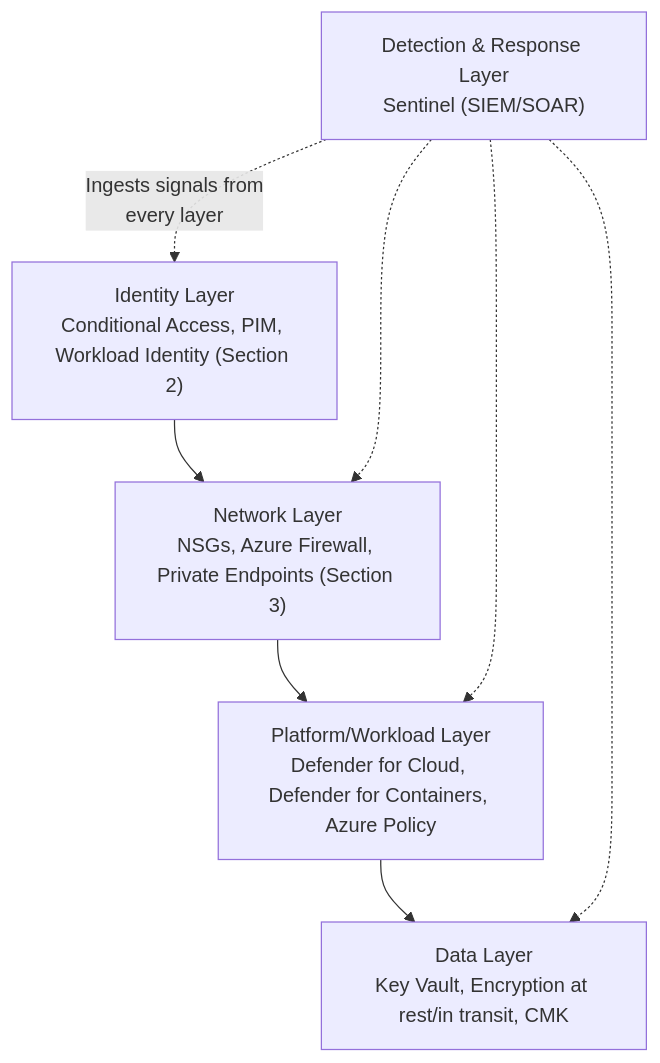
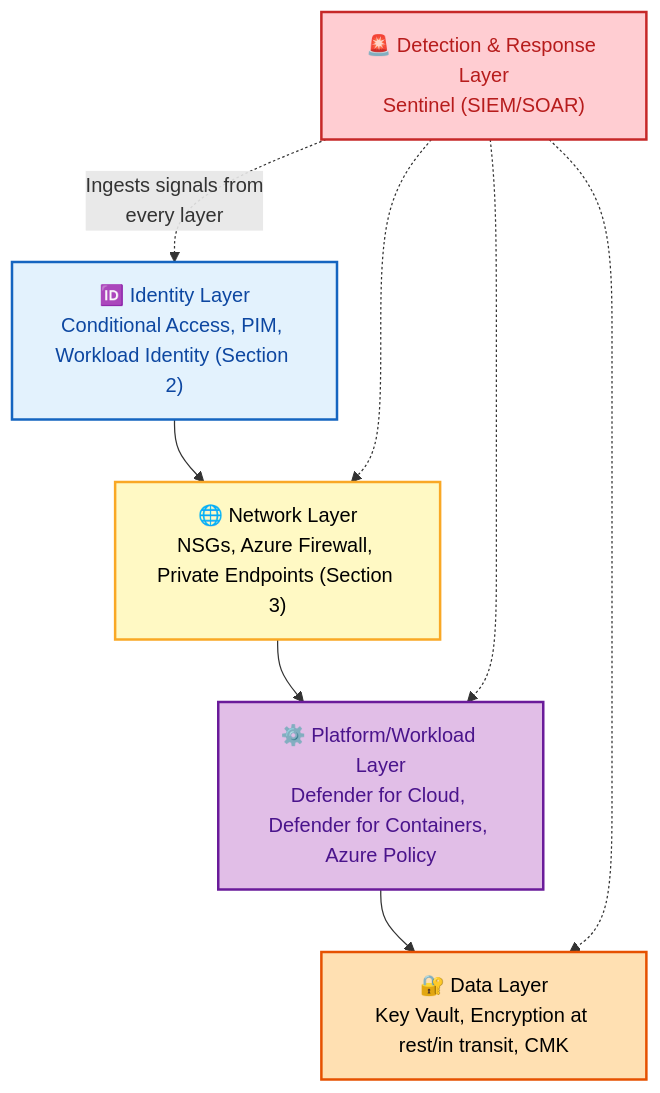
One commit to rakesh-budde/devops-guide changed the fifth of 5 diagrams in azure/09-OBSERVABILITY-SECURITY.md. Above: the diagram before and after it, drawn with Mermaid. The commit also changed other lines of this file and 73 other files, not shown here.

````diff
--- a/azure/09-OBSERVABILITY-SECURITY.md
+++ b/azure/09-OBSERVABILITY-SECURITY.md
@@ -91,13 +204,23 @@
 ```mermaid
 graph TB
-    L1["Identity Layer<br/>Conditional Access, PIM, Workload Identity (Section 2)"]
-    L2["Network Layer<br/>NSGs, Azure Firewall, Private Endpoints (Section 3)"]
-    L3["Platform/Workload Layer<br/>Defender for Cloud, Defender for Containers, Azure Policy"]
-    L4["Data Layer<br/>Key Vault, Encryption at rest/in transit, CMK"]
-    L5["Detection & Response Layer<br/>Sentinel (SIEM/SOAR)"]
+    L1["🆔 Identity Layer<br/>Conditional Access, PIM, Workload Identity (Section 2)"]
+    L2["🌐 Network Layer<br/>NSGs, Azure Firewall, Private Endpoints (Section 3)"]
+    L3["⚙️ Platform/Workload Layer<br/>Defender for Cloud, Defender for Containers, Azure Policy"]
+    L4["🔐 Data Layer<br/>Key Vault, Encryption at rest/in transit, CMK"]
+    L5["🚨 Detection & Response Layer<br/>Sentinel (SIEM/SOAR)"]
     L1 --> L2 --> L3 --> L4
     L5 -.->|"Ingests signals from<br/>every layer"| L1
     L5 -.-> L2
     L5 -.-> L3
     L5 -.-> L4
+    classDef start fill:#e3f2fd,stroke:#1565c0,color:#0d47a1,stroke-width:2px;
+    classDef proc fill:#fff9c4,stroke:#f9a825,color:#000,stroke-width:2px;
+    classDef ctrl fill:#e1bee7,stroke:#6a1b9a,color:#4a148c,stroke-width:2px;
+    classDef store fill:#ffe0b2,stroke:#e65100,color:#000,stroke-width:2px;
+    classDef bad fill:#ffcdd2,stroke:#c62828,color:#b71c1c,stroke-width:2px;
+    class L1 start;
+    class L2 proc;
+    class L3 ctrl;
+    class L4 store;
+    class L5 bad;
 ```
````
